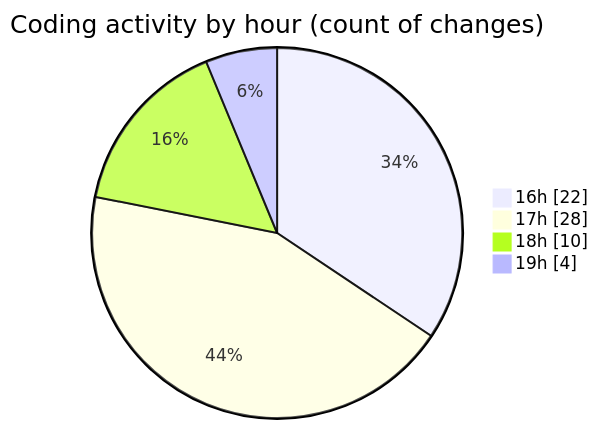
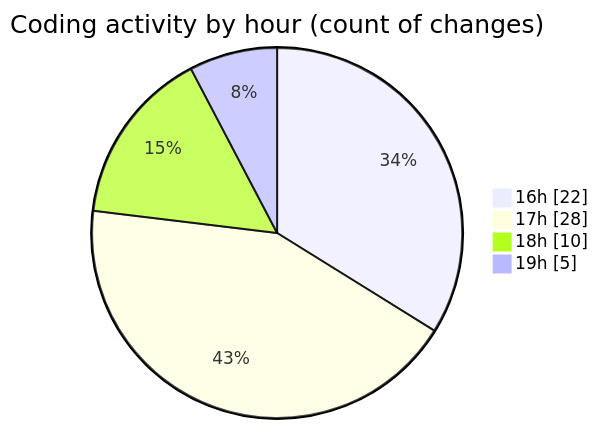
One commit to becaeroporto-bot/code-tracking changed the second of 2 diagrams in 2026-02-17/bot_v1_2/README.md. Above: the diagram before and after it, drawn with Mermaid. The commit also changed other lines of this file and 1 other file, not shown here.

````diff
--- a/2026-02-17/bot_v1_2/README.md
+++ b/2026-02-17/bot_v1_2/README.md
@@ -52,8 +52,8 @@
 ```mermaid
 pie showData
 title Coding activity by hour (count of changes)
 "16h" : 22
 "17h" : 28
 "18h" : 10
-"19h" : 4
+"19h" : 5
 ```
````
